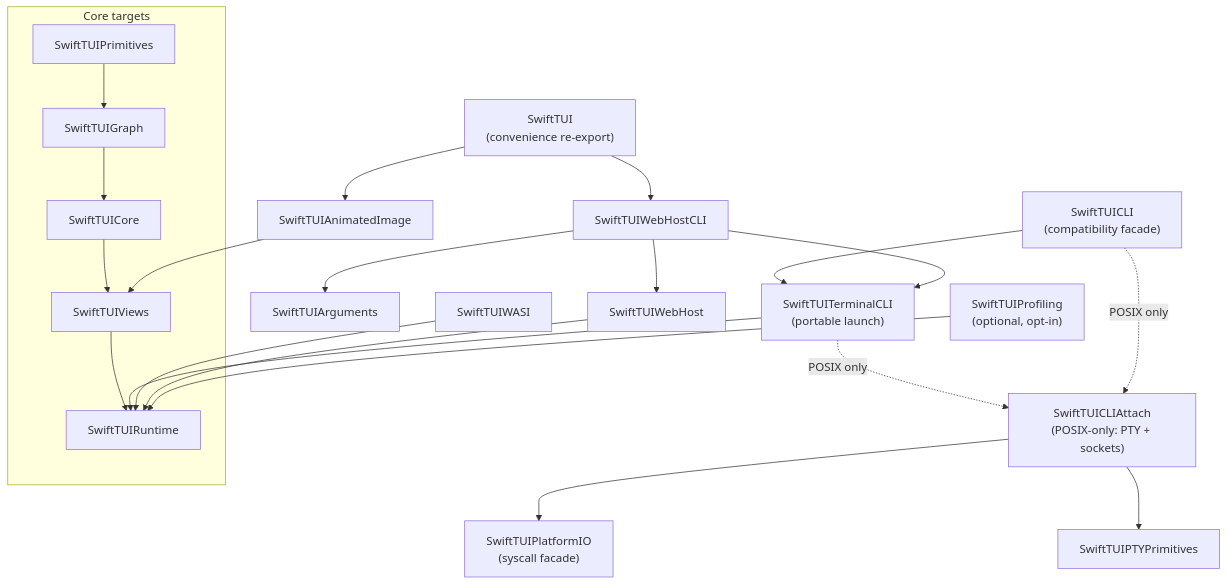
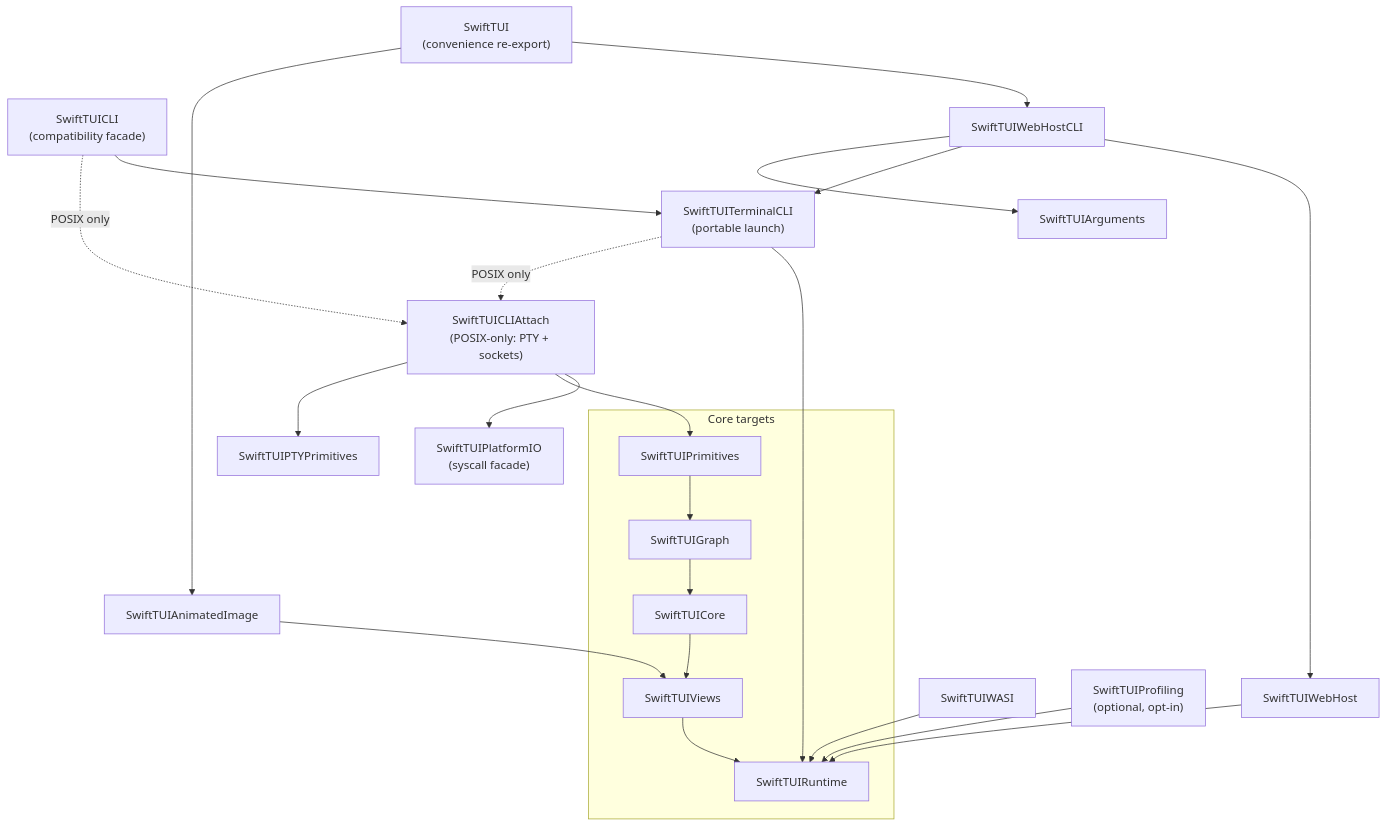
The second of 2 diagrams in docs/ARCHITECTURE.md (SwiftTUI/swift-tui), drawn with Mermaid before and after one commit. The commit also changed 21 other files, not shown here.

````diff
--- a/docs/ARCHITECTURE.md
+++ b/docs/ARCHITECTURE.md
@@ -118,34 +118,35 @@
 ```mermaid
 flowchart TD
     subgraph engine["Core targets"]
         SwiftTUIPrimitives
         SwiftTUIGraph
         SwiftTUICore
         SwiftTUIViews
         SwiftTUIRuntime
     end
     SwiftTUIPrimitives --> SwiftTUIGraph
     SwiftTUIGraph --> SwiftTUICore
     SwiftTUICore --> SwiftTUIViews
     SwiftTUIViews --> SwiftTUIRuntime
 
     SwiftTUIArguments
     SwiftTUITerminalCLI["SwiftTUITerminalCLI<br/>(portable launch)"] --> SwiftTUIRuntime
     SwiftTUITerminalCLI -.->|POSIX only| SwiftTUICLIAttach
     SwiftTUICLIAttach["SwiftTUICLIAttach<br/>(POSIX-only: PTY + sockets)"] --> SwiftTUIPlatformIO
+    SwiftTUICLIAttach --> SwiftTUIPrimitives
     SwiftTUICLIAttach --> SwiftTUIPTYPrimitives
     SwiftTUIPlatformIO["SwiftTUIPlatformIO<br/>(syscall facade)"]
     SwiftTUICLI["SwiftTUICLI<br/>(compatibility facade)"] --> SwiftTUITerminalCLI
     SwiftTUICLI -.->|POSIX only| SwiftTUICLIAttach
     SwiftTUI["SwiftTUI<br/>(convenience re-export)"]
     SwiftTUI --> SwiftTUIWebHostCLI
     SwiftTUI --> SwiftTUIAnimatedImage
 
     SwiftTUIWASI --> SwiftTUIRuntime
     SwiftTUIWebHost --> SwiftTUIRuntime
     SwiftTUIWebHostCLI --> SwiftTUIWebHost
     SwiftTUIWebHostCLI --> SwiftTUITerminalCLI
     SwiftTUIWebHostCLI --> SwiftTUIArguments
     SwiftTUIAnimatedImage --> SwiftTUIViews
     SwiftTUIProfiling["SwiftTUIProfiling<br/>(optional, opt-in)"] --> SwiftTUIRuntime
 ```
````
